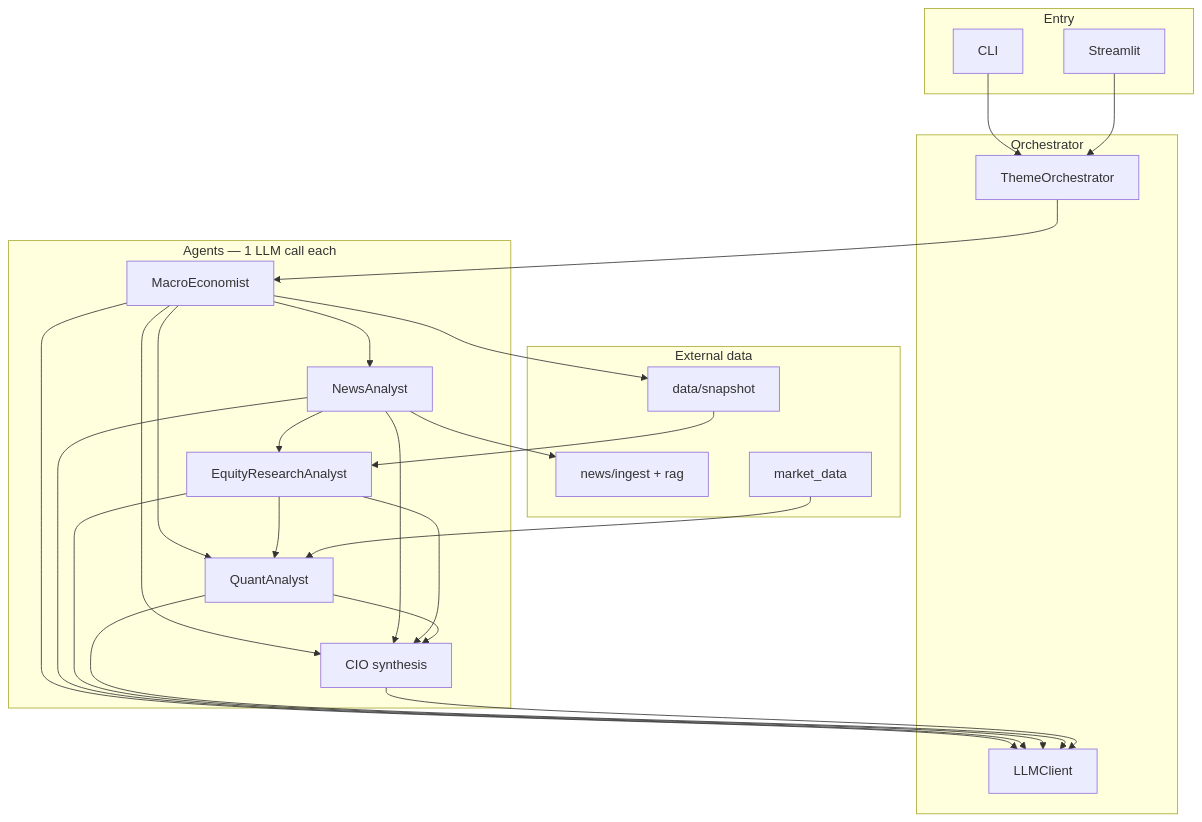
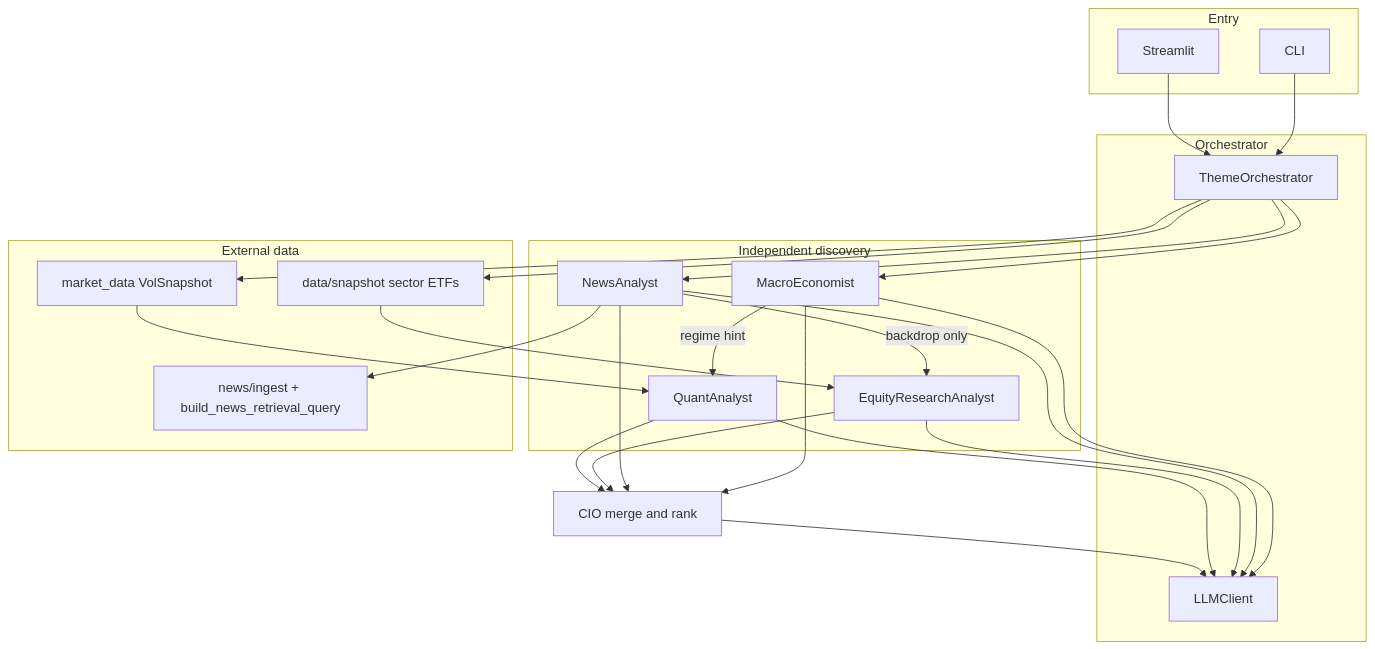
One commit to wanmingz/investment_agent changed the diagram in README.md. Above: the diagram before and after it, drawn with Mermaid. The commit also changed other lines of this file, not shown here.

````diff
--- a/README.md
+++ b/README.md
@@ -142,37 +156,34 @@
 ```mermaid
 flowchart TB
     subgraph entry [Entry]
         CLI[CLI]
         ST[Streamlit]
     end
     subgraph orch [Orchestrator]
         ORCH[ThemeOrchestrator]
         LLM[LLMClient]
     end
-    subgraph agents [Agents — 1 LLM call each]
+    subgraph discover [Independent discovery]
         A1[MacroEconomist]
         A2[NewsAnalyst]
         A3[EquityResearchAnalyst]
         A4[QuantAnalyst]
-        CIO[CIO synthesis]
     end
-    subgraph external [External data]
-        NEWS[news/ingest + rag]
-        FUND[data/snapshot]
-        VOL[market_data]
+    subgraph data [External data]
+        NEWS[news/ingest + build_news_retrieval_query]
+        FUND[data/snapshot sector ETFs]
+        VOL[market_data VolSnapshot]
     end
+    CIO[CIO merge and rank]
     CLI --> ORCH
     ST --> ORCH
-    ORCH --> A1 --> A2
+    ORCH --> A1
+    ORCH --> A2
     A2 --> NEWS
-    A2 --> A3
-    A1 --> FUND --> A3
-    A1 --> A4
-    A3 --> A4
-    VOL --> A4
-    A1 --> CIO
-    A2 --> CIO
-    A3 --> CIO
-    A4 --> CIO
+    ORCH --> FUND --> A3
+    A2 -->|backdrop only| A3
+    ORCH --> VOL --> A4
+    A1 -->|regime hint| A4
+    A1 & A2 & A3 & A4 --> CIO
     A1 & A2 & A3 & A4 & CIO --> LLM
 ```
````
